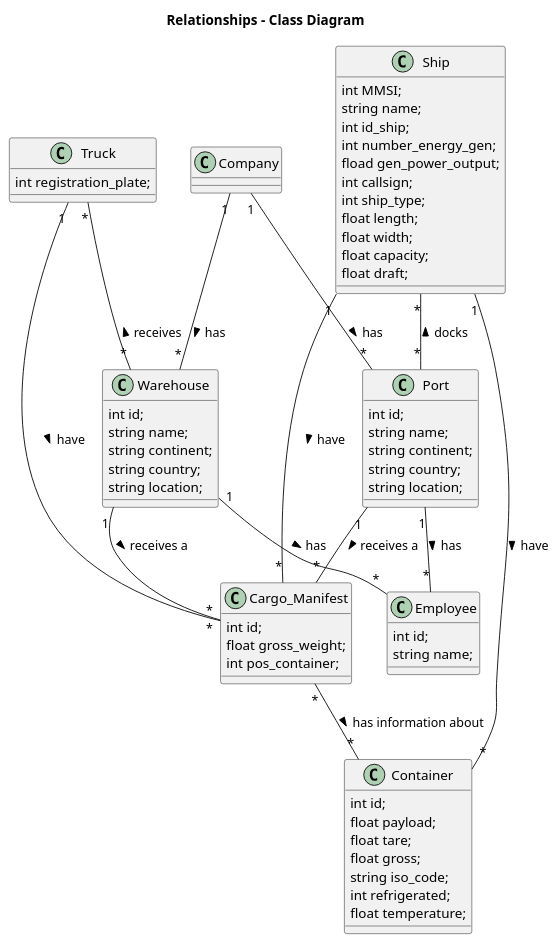
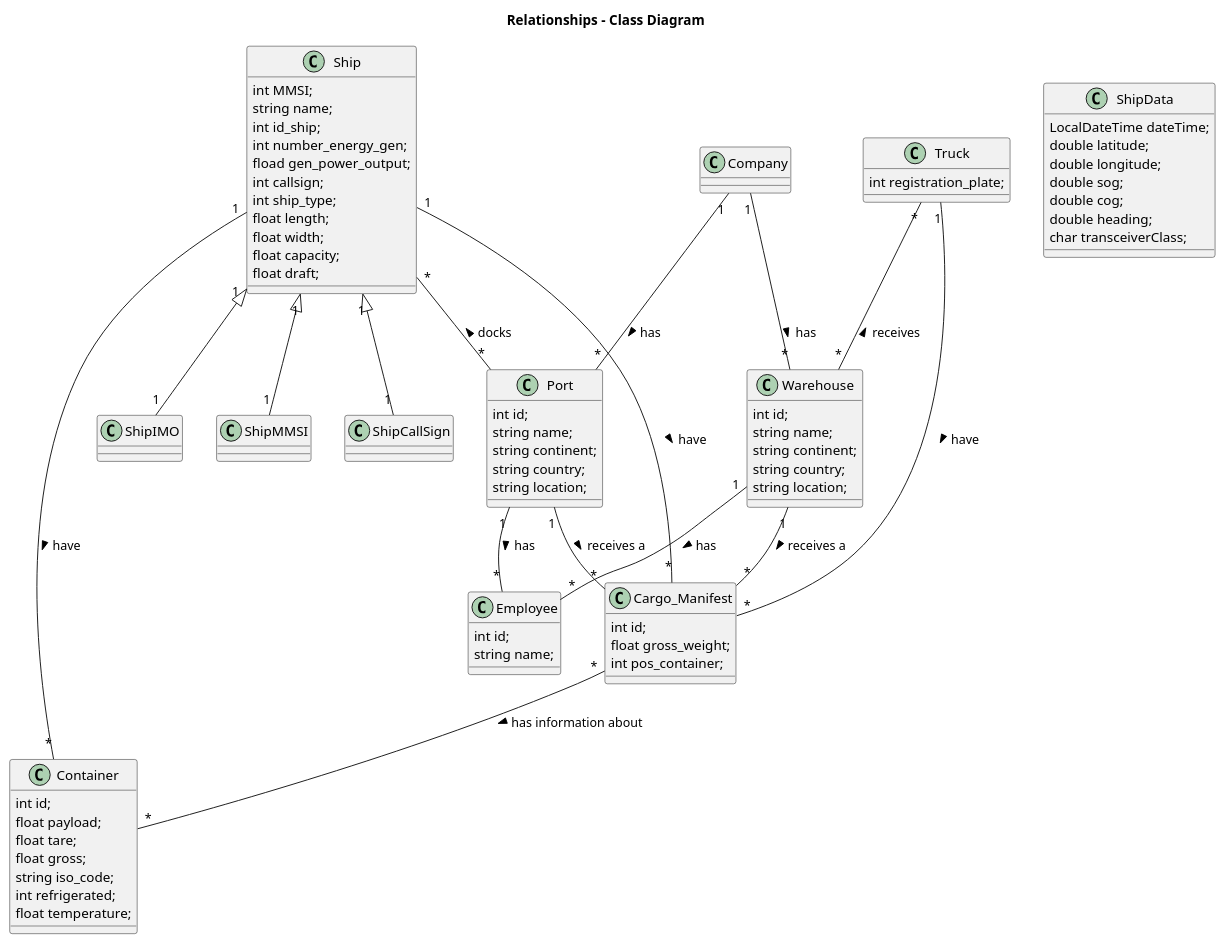
The diagram in docs/Sprint 1/DM.md (rui-goncalo/LAPR3), drawn with PlantUML before and after one commit. The commit also changed 1 other file, not shown here.

Commit message:
<G103-1> Updated DM

```diff
--- a/docs/Sprint 1/DM.md
+++ b/docs/Sprint 1/DM.md
@@ -31,6 +31,24 @@
 float width;
 float capacity;
 float draft;
+}
+
+class ShipCallSign {
+
+}
+
+class ShipIMO {}
+
+class ShipMMSI {}
+
+class ShipData {
+LocalDateTime dateTime;
+double latitude;
+double longitude;
+double sog;
+double cog;
+double heading;
+char transceiverClass;
 }
 
 class Truck {
@@ -70,4 +88,7 @@
 Truck "1" -- "*" Cargo_Manifest: have >
 Port "1" -- "*" Employee: has >
 Warehouse "1" -- "*" Employee: has >
+Ship "1" <|-- "1" ShipIMO
+Ship "1" <|-- "1" ShipCallSign
+Ship "1" <|-- "1" ShipMMSI
 @enduml
```
